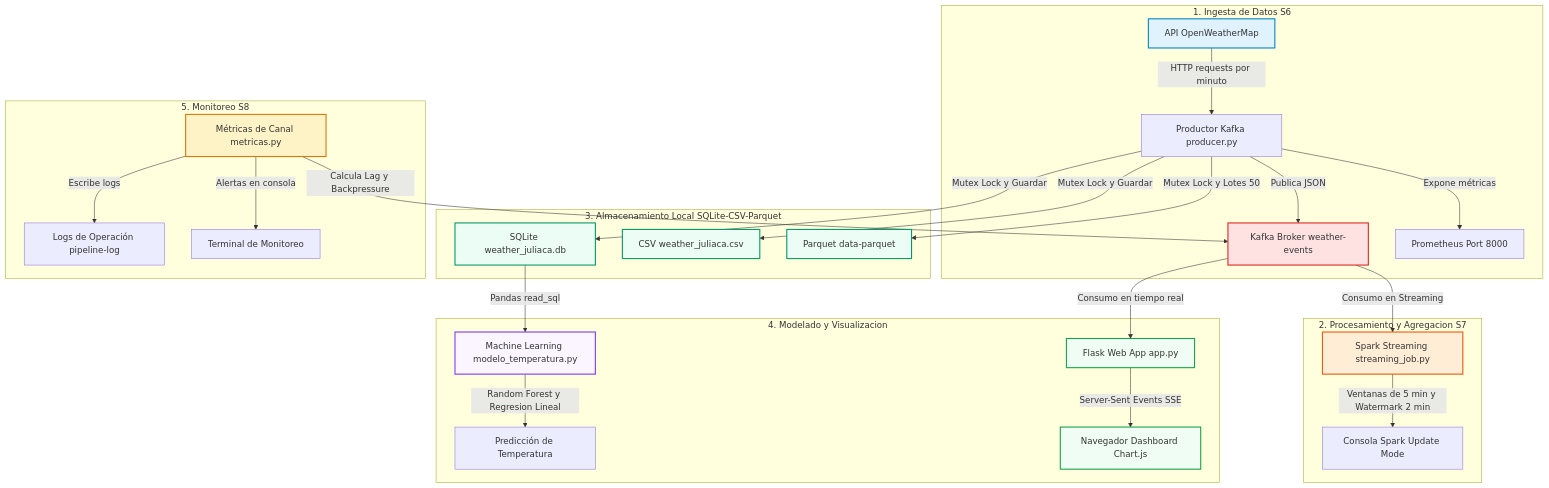
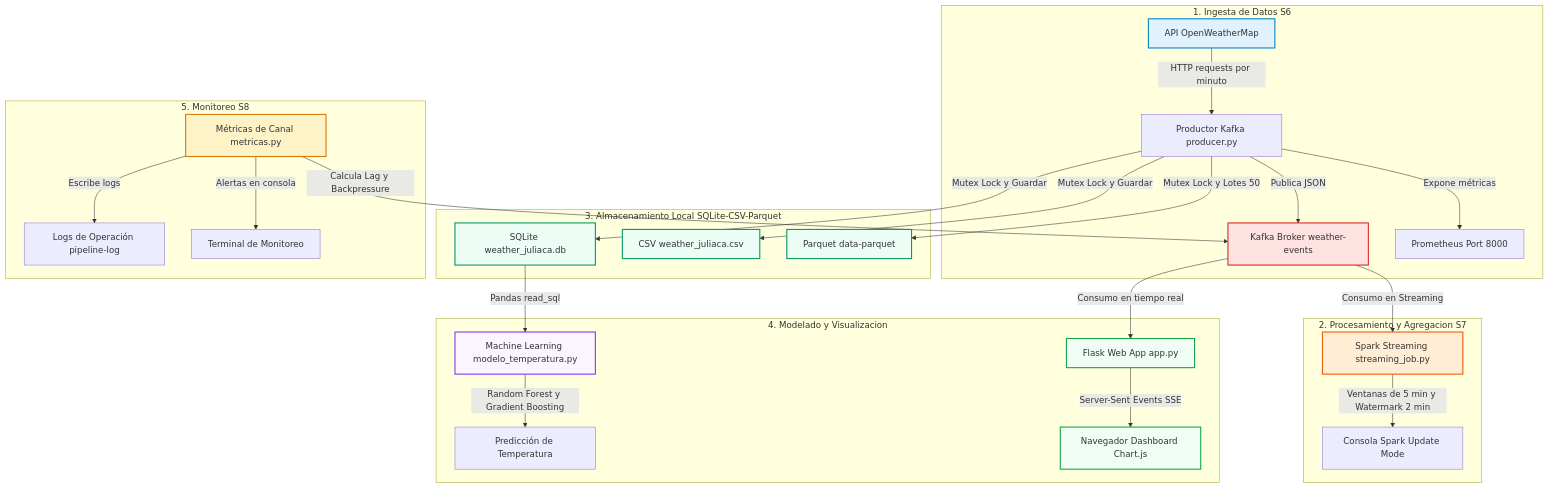
One commit to Samuel-910/weather-pipeline-juliaca changed the diagram in docs/index.md. Above: the diagram before and after it, drawn with Mermaid. The commit also changed other lines of this file and 4 other files, not shown here.

````diff
--- a/docs/index.md
+++ b/docs/index.md
@@ -13,45 +13,45 @@
 ```mermaid
 graph TD
     subgraph Ingesta["1. Ingesta de Datos S6"]
         OWM["API OpenWeatherMap"] -->|"HTTP requests por minuto"| Prod["Productor Kafka producer.py"]
         Prod -->|"Publica JSON"| Kafka["Kafka Broker weather-events"]
         Prod -->|"Expone métricas"| Prom1["Prometheus Port 8000"]
     end
 
     subgraph Procesamiento["2. Procesamiento y Agregacion S7"]
         Kafka -->|"Consumo en Streaming"| Spark["Spark Streaming streaming_job.py"]
         Spark -->|"Ventanas de 5 min y Watermark 2 min"| console["Consola Spark Update Mode"]
     end
 
     subgraph Almacenamiento["3. Almacenamiento Local SQLite-CSV-Parquet"]
         Prod -->|"Mutex Lock y Guardar"| DB["SQLite weather_juliaca.db"]
         Prod -->|"Mutex Lock y Guardar"| CSV["CSV weather_juliaca.csv"]
         Prod -->|"Mutex Lock y Lotes 50"| Parquet["Parquet data-parquet"]
     end
 
     subgraph ConsumoML["4. Modelado y Visualizacion"]
         DB -->|"Pandas read_sql"| ML["Machine Learning modelo_temperatura.py"]
-        ML -->|"Random Forest y Regresion Lineal"| Pred["Predicción de Temperatura"]
+        ML -->|"Random Forest y Gradient Boosting"| Pred["Predicción de Temperatura"]
         
         Kafka -->|"Consumo en tiempo real"| Dash["Flask Web App app.py"]
         Dash -->|"Server-Sent Events SSE"| Web["Navegador Dashboard Chart.js"]
     end
 
     subgraph Observabilidad["5. Monitoreo S8"]
         Metric["Métricas de Canal metricas.py"]
         Metric -->|"Calcula Lag y Backpressure"| Kafka
         Metric -->|"Escribe logs"| Logs["Logs de Operación pipeline-log"]
         Metric -->|"Alertas en consola"| Terminal["Terminal de Monitoreo"]
     end
 
     style OWM fill:#e0f2fe,stroke:#0284c7,stroke-width:2px
     style Kafka fill:#fee2e2,stroke:#dc2626,stroke-width:2px
     style Spark fill:#ffedd5,stroke:#ea580c,stroke-width:2px
     style DB fill:#ecfdf5,stroke:#059669,stroke-width:2px
     style CSV fill:#ecfdf5,stroke:#059669,stroke-width:2px
     style Parquet fill:#ecfdf5,stroke:#059669,stroke-width:2px
     style ML fill:#faf5ff,stroke:#7c3aed,stroke-width:2px
     style Dash fill:#f0fdf4,stroke:#16a34a,stroke-width:2px
     style Web fill:#f0fdf4,stroke:#16a34a,stroke-width:2px
     style Metric fill:#fef3c7,stroke:#d97706,stroke-width:2px
 ```
````
